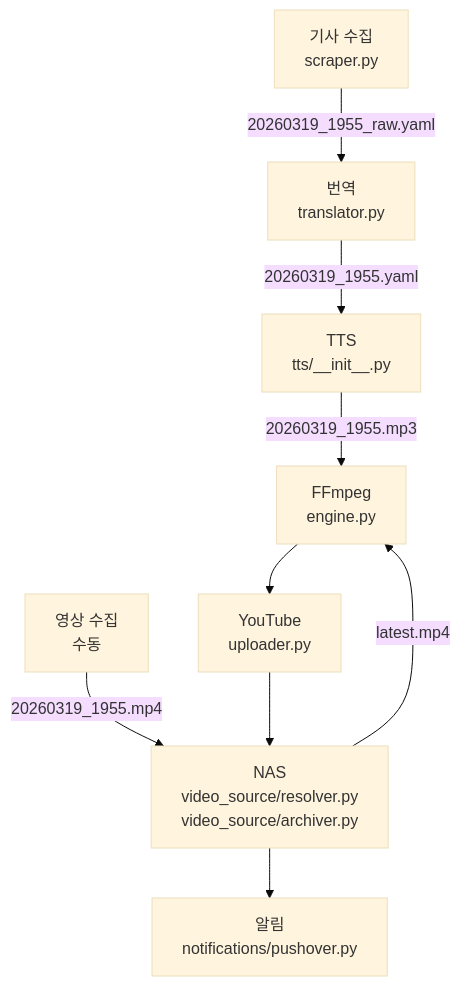
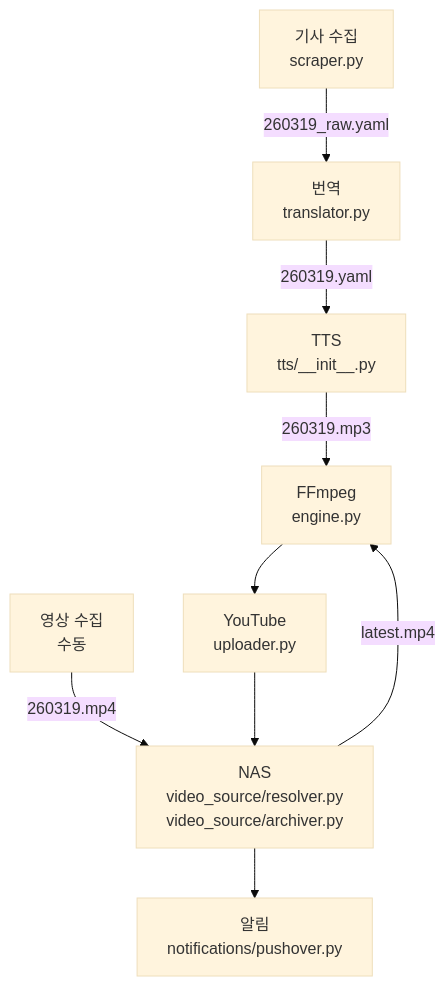
The diagram in README.md (deuxksy/today-vn-news), drawn with Mermaid (base theme) before and after one commit. The commit also changed other lines of this file, not shown here.

Commit message:
docs: README 파일명 형식을 YYMMDD로 변경
- 아키텍처 다이어그램: 20260319_1955 → 260319
- 시작하기 예시: 20260210 → 260210
- 6자리 형식으로 간소화

````diff
--- a/README.md
+++ b/README.md
@@ -8,13 +8,13 @@
 ```mermaid
 graph TD
-    SCRAPE[기사 수집<br/>scraper.py] -->|20260319_1955_raw.yaml| TRANSLATE[번역<br/>translator.py]
-    TRANSLATE -->|20260319_1955.yaml| TTS[TTS<br/>tts/__init__.py]
-    TTS -->|20260319_1955.mp3| FFMPEG[FFmpeg<br/>engine.py]
+    SCRAPE[기사 수집<br/>scraper.py] -->|260319_raw.yaml| TRANSLATE[번역<br/>translator.py]
+    TRANSLATE -->|260319.yaml| TTS[TTS<br/>tts/__init__.py]
+    TTS -->|260319.mp3| FFMPEG[FFmpeg<br/>engine.py]
 
-    VIDEO[영상 수집<br/>수동] -->|20260319_1955.mp4| NAS[NAS<br/>video_source/resolver.py<br/>video_source/archiver.py]
+    VIDEO[영상 수집<br/>수동] -->|260319.mp4| NAS[NAS<br/>video_source/resolver.py<br/>video_source/archiver.py]
     NAS -->|latest.mp4| FFMPEG
 
     FFMPEG --> YOUTUBE[YouTube<br/>uploader.py]
     YOUTUBE --> NAS
     NAS --> ALERT[알림<br/>notifications/pushover.py]
 ```
````
